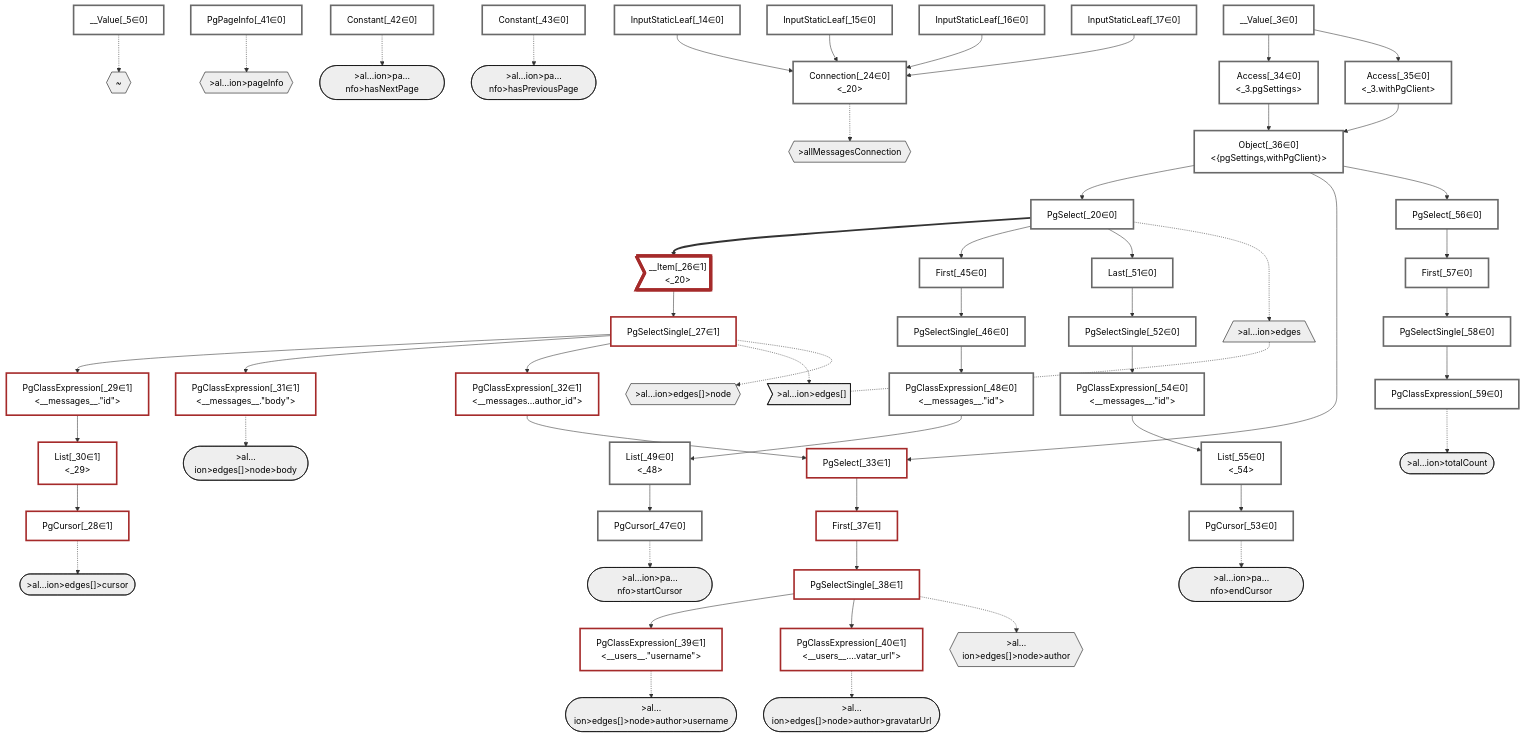
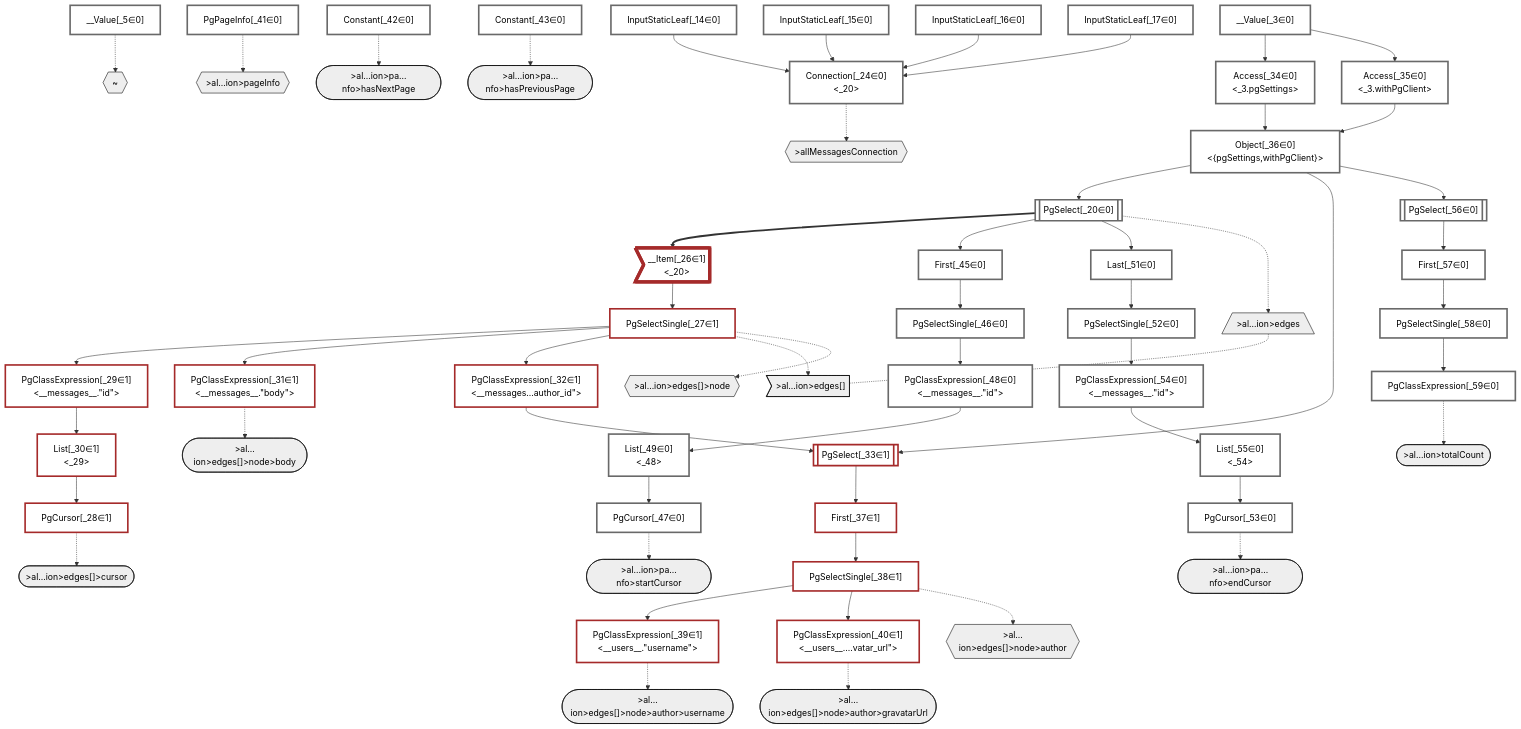
Before and after one commit to graphile/crystal: the diagram in packages/dataplan-pg/__tests__/queries/connections/basics.deopt.mermaid.md, drawn with Mermaid. The commit also changed 195 other files, not shown here.

```diff
--- a/packages/dataplan-pg/__tests__/queries/connections/basics.deopt.mermaid.md
+++ b/packages/dataplan-pg/__tests__/queries/connections/basics.deopt.mermaid.md
@@ -46,7 +46,7 @@
     InputStaticLeaf_15["InputStaticLeaf[_15∈0]"]:::plan
     InputStaticLeaf_16["InputStaticLeaf[_16∈0]"]:::plan
     InputStaticLeaf_17["InputStaticLeaf[_17∈0]"]:::plan
-    PgSelect_20["PgSelect[_20∈0]<br /><messages>"]:::plan
+    PgSelect_20[["PgSelect[_20∈0]<br /><messages>"]]:::plan
     Connection_24["Connection[_24∈0]<br /><_20>"]:::plan
     __Item_26>"__Item[_26∈1]<br /><_20>"]:::itemplan
     PgSelectSingle_27["PgSelectSingle[_27∈1]<br /><messages>"]:::plan
@@ -55,7 +55,7 @@
     List_30["List[_30∈1]<br /><_29>"]:::plan
     PgClassExpression_31["PgClassExpression[_31∈1]<br /><__messages__.#quot;body#quot;>"]:::plan
     PgClassExpression_32["PgClassExpression[_32∈1]<br /><__messages...author_id#quot;>"]:::plan
-    PgSelect_33["PgSelect[_33∈1]<br /><users>"]:::plan
+    PgSelect_33[["PgSelect[_33∈1]<br /><users>"]]:::plan
     Access_34["Access[_34∈0]<br /><_3.pgSettings>"]:::plan
     Access_35["Access[_35∈0]<br /><_3.withPgClient>"]:::plan
     Object_36["Object[_36∈0]<br /><{pgSettings,withPgClient}>"]:::plan
@@ -76,7 +76,7 @@
     PgCursor_53["PgCursor[_53∈0]"]:::plan
     PgClassExpression_54["PgClassExpression[_54∈0]<br /><__messages__.#quot;id#quot;>"]:::plan
     List_55["List[_55∈0]<br /><_54>"]:::plan
-    PgSelect_56["PgSelect[_56∈0]<br /><messages>"]:::plan
+    PgSelect_56[["PgSelect[_56∈0]<br /><messages>"]]:::plan
     First_57["First[_57∈0]"]:::plan
     PgSelectSingle_58["PgSelectSingle[_58∈0]<br /><messages>"]:::plan
     PgClassExpression_59["PgClassExpression[_59∈0]<br /><count(*)>"]:::plan
```
